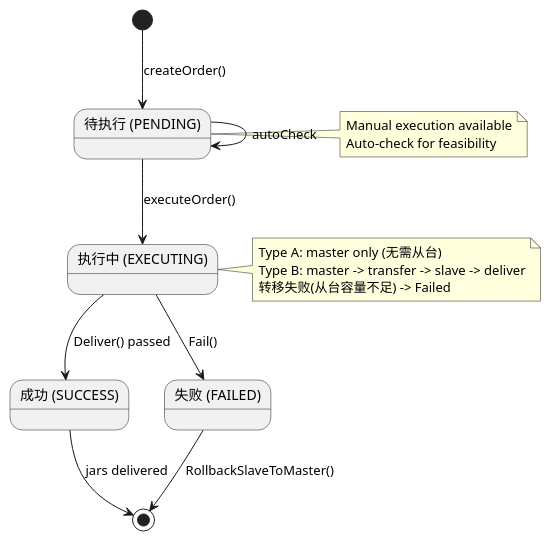
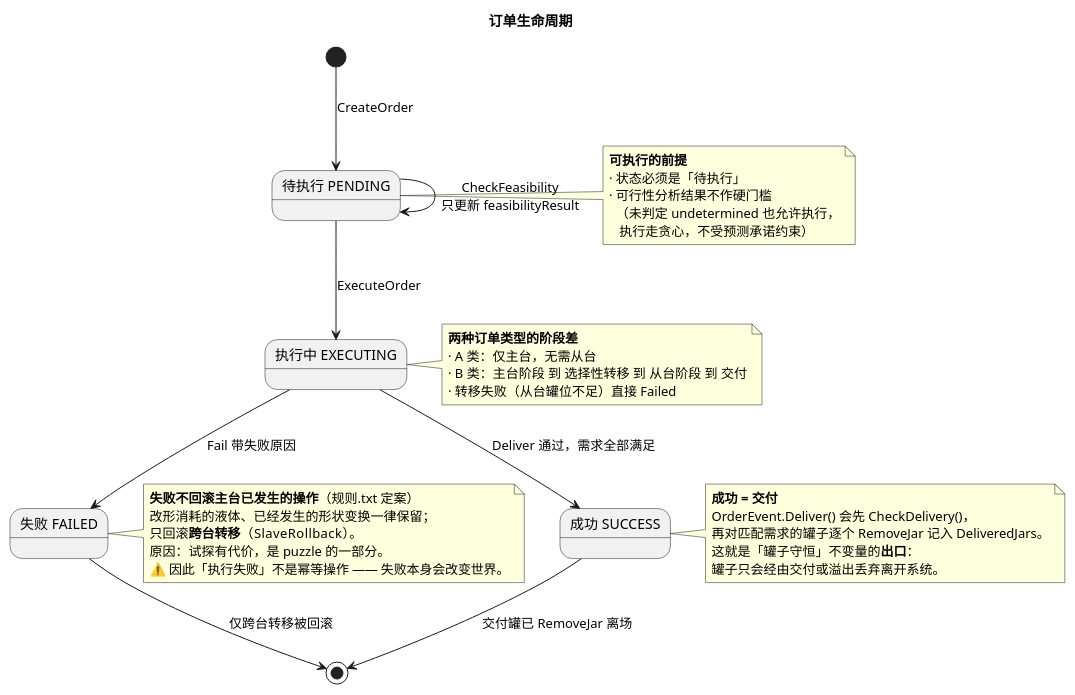
One commit to Lazyair150/jar-system-dotnet changed the diagram in UML/05_State_订单生命周期.puml. Above: the diagram before and after it, drawn with PlantUML. The commit also changed 45 other files, not shown here.

```diff
--- a/UML/05_State_订单生命周期.puml
+++ b/UML/05_State_订单生命周期.puml
@@ -1,28 +1,59 @@
 @startuml
-[*] --> Pending : createOrder()
+title 订单生命周期
 
-state "待执行 (PENDING)" as Pending
-state "执行中 (EXECUTING)" as Executing
-state "成功 (SUCCESS)" as Success
-state "失败 (FAILED)" as Failed
+' 状态名与取值来源：Config/Constants.cs 的 Constants.OrderStatus
+'   PENDING = "待执行"  EXECUTING = "执行中"  SUCCESS = "成功"  FAILED = "失败"
+'   这四个字符串即对外 JSON 契约的取值，勿改。
 
-Pending --> Pending : autoCheck
-Pending --> Executing : executeOrder()
+state "待执行 PENDING" as Pending
+state "执行中 EXECUTING" as Executing
+state "成功 SUCCESS" as Success
+state "失败 FAILED" as Failed
 
-Executing --> Success : Deliver() passed
-Executing --> Failed : Fail()
+[*] --> Pending : CreateOrder
 
-Success --> [*] : jars delivered
-Failed --> [*] : RollbackSlaveToMaster()
+' 可行性分析不改变订单状态（只写 feasibilityResult）
+Pending --> Pending : CheckFeasibility\n只更新 feasibilityResult
+
+' 终态不可重复执行（2026-09 修复）：
+' 此前只有前端按钮做限制，WS 命令可对已成功/已失败的订单重复执行，
+' 会污染 eventHistory 与交付账目。现在 OrderService 直接拒绝。
+Pending --> Executing : ExecuteOrder
+
+Executing --> Success : Deliver 通过，需求全部满足
+Executing --> Failed : Fail 带失败原因
+
+Success --> [*] : 交付罐已 RemoveJar 离场
+Failed --> [*] : 仅跨台转移被回滚
 
 note right of Pending
-  Manual execution available
-  Auto-check for feasibility
+  **可执行的前提**
+  · 状态必须是「待执行」
+  · 可行性分析结果不作硬门槛
+    （未判定 undetermined 也允许执行，
+     执行走贪心，不受预测承诺约束）
 end note
 
 note right of Executing
-  Type A: master only (无需从台)
-  Type B: master -> transfer -> slave -> deliver
-  转移失败(从台容量不足) -> Failed
+  **两种订单类型的阶段差**
+  · A 类：仅主台，无需从台
+  · B 类：主台阶段 到 选择性转移 到 从台阶段 到 交付
+  · 转移失败（从台罐位不足）直接 Failed
+end note
+
+note right of Failed
+  **失败不回滚主台已发生的操作**（规则.txt 定案）
+  改形消耗的液体、已经发生的形状变换一律保留；
+  只回滚**跨台转移**（SlaveRollback）。
+  原因：试探有代价，是 puzzle 的一部分。
+  ⚠️ 因此「执行失败」不是幂等操作 —— 失败本身会改变世界。
+end note
+
+note right of Success
+  **成功 = 交付**
+  OrderEvent.Deliver() 会先 CheckDelivery()，
+  再对匹配需求的罐子逐个 RemoveJar 记入 DeliveredJars。
+  这就是「罐子守恒」不变量的**出口**：
+  罐子只会经由交付或溢出丢弃离开系统。
 end note
 @enduml
```
